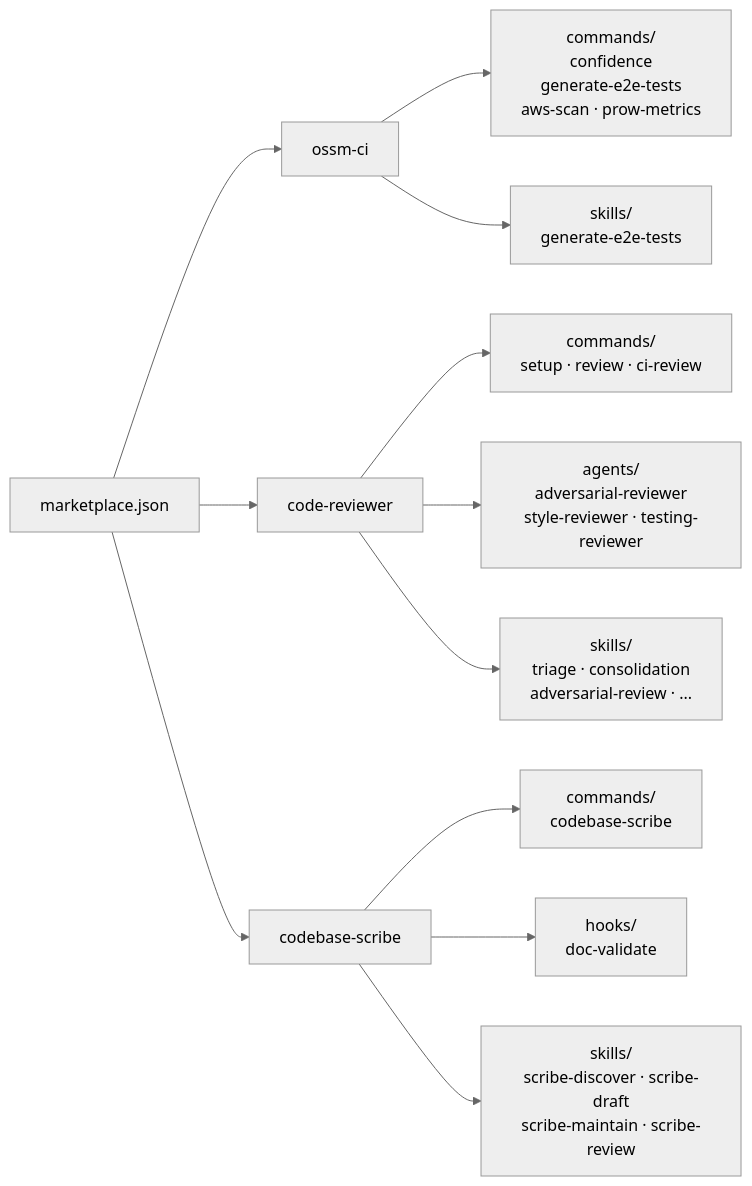
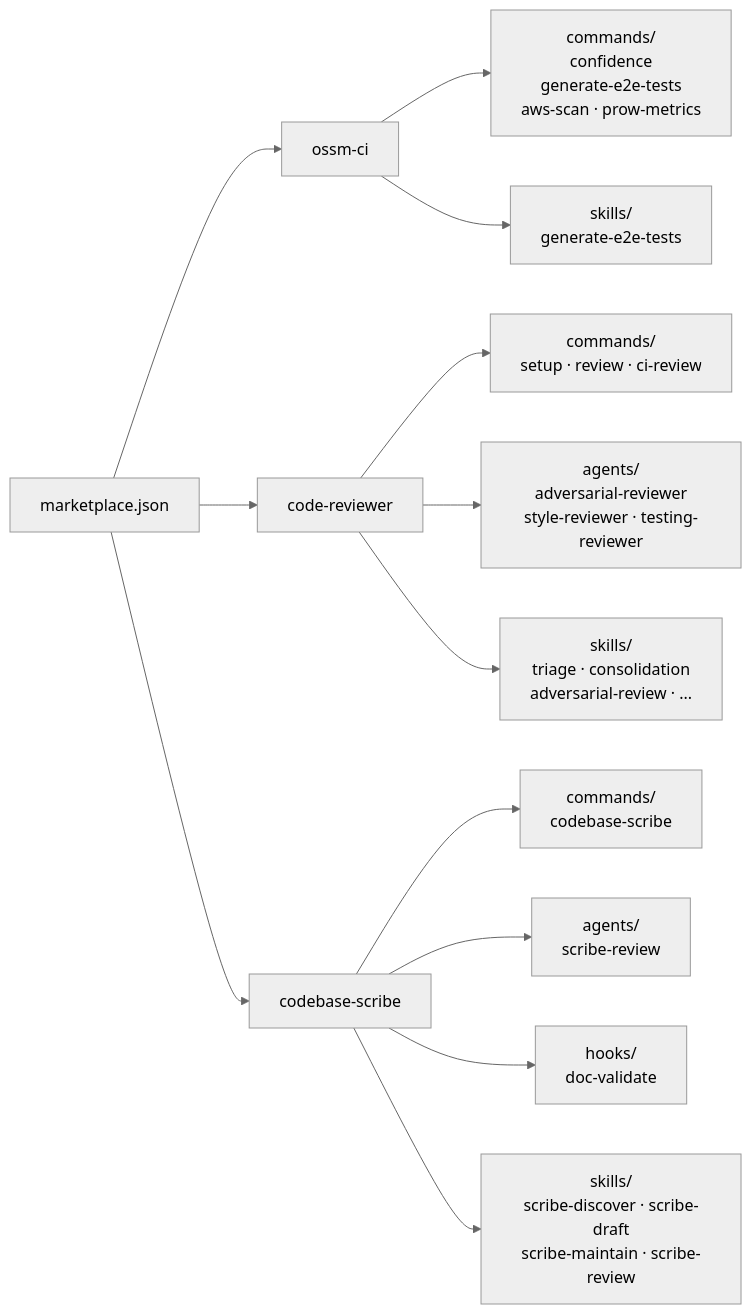
The diagram in README.md (openshift-service-mesh/ci-utils), drawn with Mermaid (neutral theme) before and after one commit. The commit also changed other lines of this file and 320 other files, not shown here.

````diff
--- a/README.md
+++ b/README.md
@@ -229,17 +229,18 @@
 ```mermaid
 graph LR
     MP["marketplace.json"] --> ossm["ossm-ci"]
     MP --> cr["code-reviewer"]
     MP --> cs["codebase-scribe"]
 
     ossm --> o1["commands/\nconfidence\ngenerate-e2e-tests\naws-scan · prow-metrics"]
     ossm --> o2["skills/\ngenerate-e2e-tests"]
 
     cr --> c1["commands/\nsetup · review · ci-review"]
     cr --> c2["agents/\nadversarial-reviewer\nstyle-reviewer · testing-reviewer"]
     cr --> c3["skills/\ntriage · consolidation\nadversarial-review · ..."]
 
     cs --> s1["commands/\ncodebase-scribe"]
-    cs --> s2["hooks/\ndoc-validate"]
-    cs --> s3["skills/\nscribe-discover · scribe-draft\nscribe-maintain · scribe-review"]
+    cs --> s2["agents/\nscribe-review"]
+    cs --> s3["hooks/\ndoc-validate"]
+    cs --> s4["skills/\nscribe-discover · scribe-draft\nscribe-maintain · scribe-review"]
 ```
````
